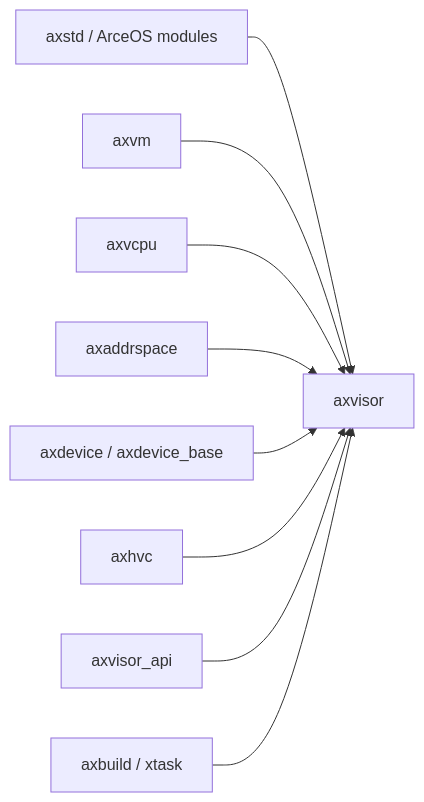
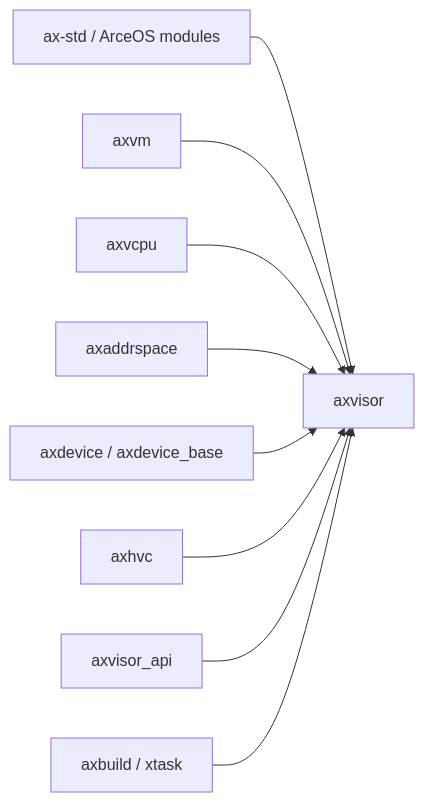
Before and after one commit to rcore-os/tgoskits: the second of 2 diagrams in docs/crates/axvisor.md, drawn with Mermaid. The commit also changed other lines of this file and 153 other files, not shown here.

Commit message:
rename axstd to ax-std

````diff
--- a/docs/crates/axvisor.md
+++ b/docs/crates/axvisor.md
@@ -108,11 +108,11 @@
 ```mermaid
 graph LR
-    axstd["axstd / ArceOS modules"] --> axvisor["axvisor"]
+    ax-std["ax-std / ArceOS modules"] --> axvisor["axvisor"]
     axvm["axvm"] --> axvisor
     axvcpu["axvcpu"] --> axvisor
     axaddrspace["axaddrspace"] --> axvisor
     axdevice["axdevice / axdevice_base"] --> axvisor
     axhvc["axhvc"] --> axvisor
     axvisor_api["axvisor_api"] --> axvisor
     axbuild["axbuild / xtask"] --> axvisor
 ```
````
